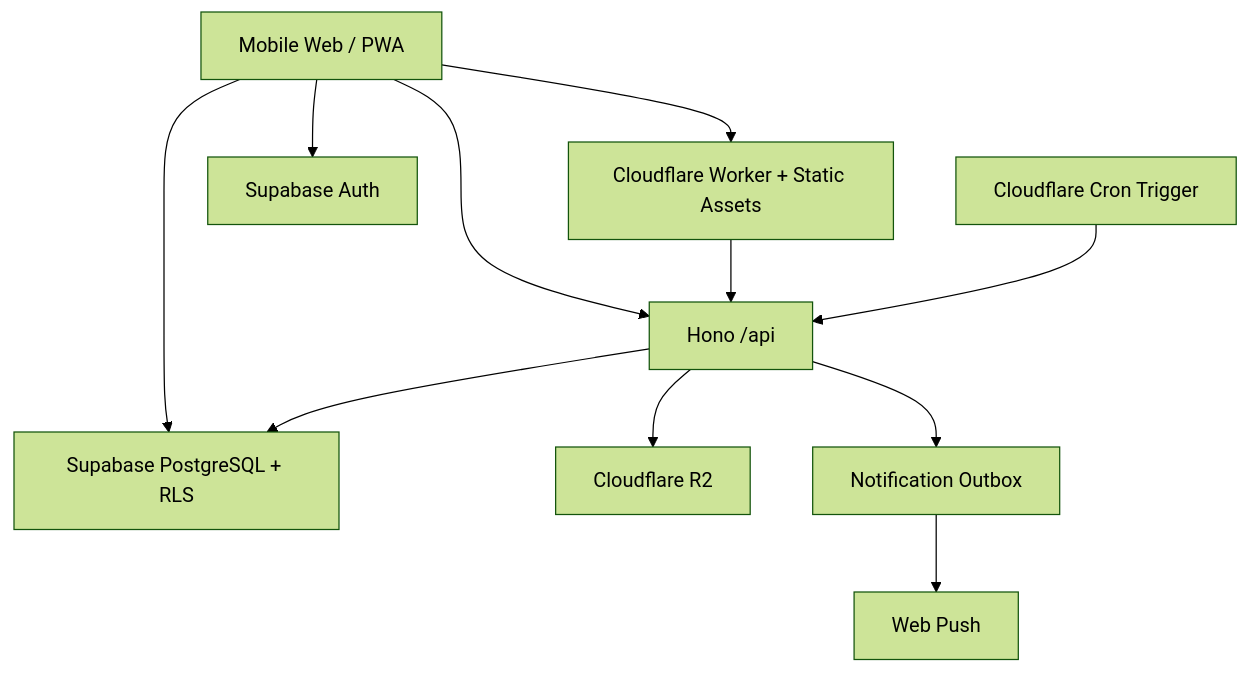
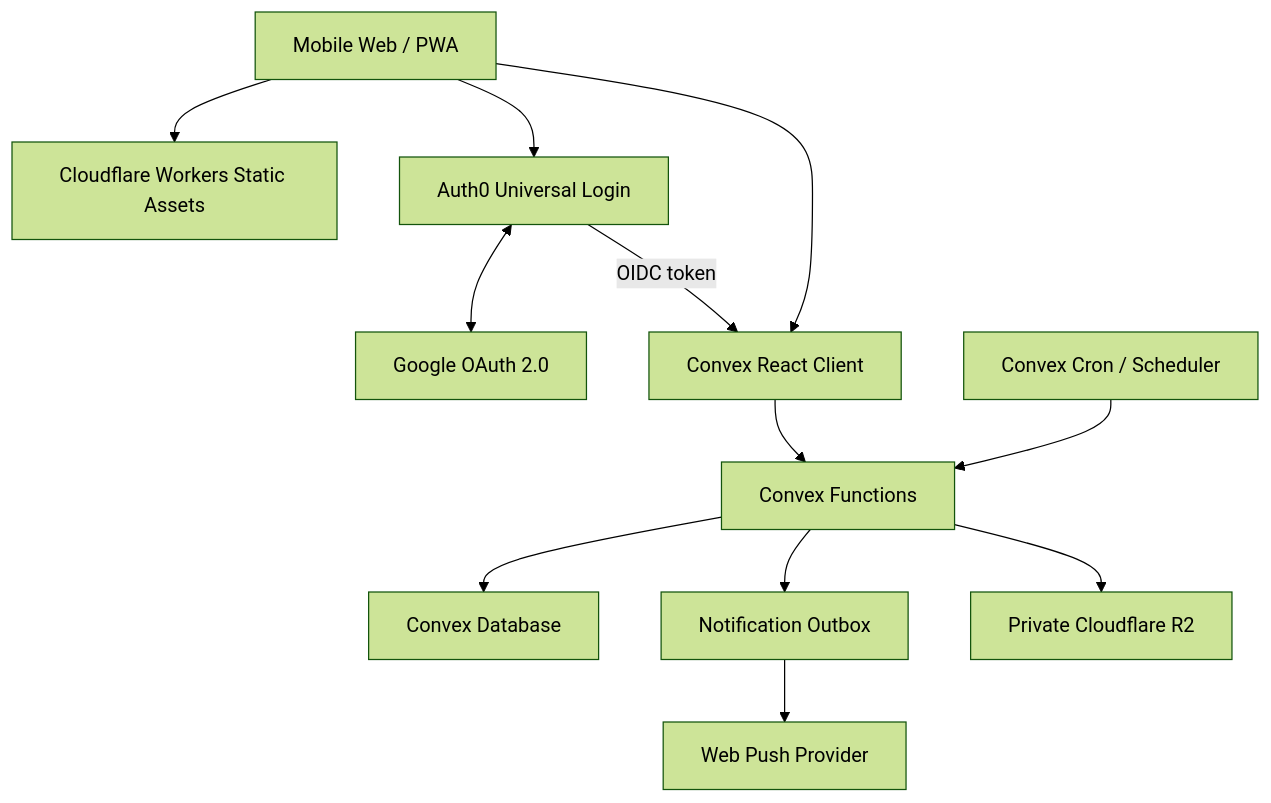
One commit to hondasports-dev/Re-Me changed the diagram in docs/architecture/overview.md. Above: the diagram before and after it, drawn with Mermaid (forest theme). The commit also changed other lines of this file and 28 other files, not shown here.

Commit message:
docs: adopt Auth0 Convex Cloudflare architecture (#25)

````diff
--- a/docs/architecture/overview.md
+++ b/docs/architecture/overview.md
@@ -7,23 +7,26 @@
 ```mermaid
 flowchart TB
     U[Mobile Web / PWA]
-    CF[Cloudflare Worker + Static Assets]
-    API[Hono /api]
-    SA[Supabase Auth]
-    DB[Supabase PostgreSQL + RLS]
-    R2[Cloudflare R2]
-    CRON[Cloudflare Cron Trigger]
+    CF[Cloudflare Workers Static Assets]
+    A0[Auth0 Universal Login]
+    G[Google OAuth 2.0]
+    CX[Convex React Client]
+    FN[Convex Functions]
+    DB[Convex Database]
+    CRON[Convex Cron / Scheduler]
     OUTBOX[Notification Outbox]
-    PUSH[Web Push]
+    R2[Private Cloudflare R2]
+    PUSH[Web Push Provider]
 
     U --> CF
-    U --> SA
-    U --> DB
-    U --> API
-    CF --> API
-    API --> R2
-    API --> DB
-    CRON --> API
-    API --> OUTBOX
+    U --> A0
+    A0 <--> G
+    A0 -->|OIDC token| CX
+    U --> CX
+    CX --> FN
+    FN --> DB
+    CRON --> FN
+    FN --> OUTBOX
+    FN --> R2
     OUTBOX --> PUSH
 ```
````
